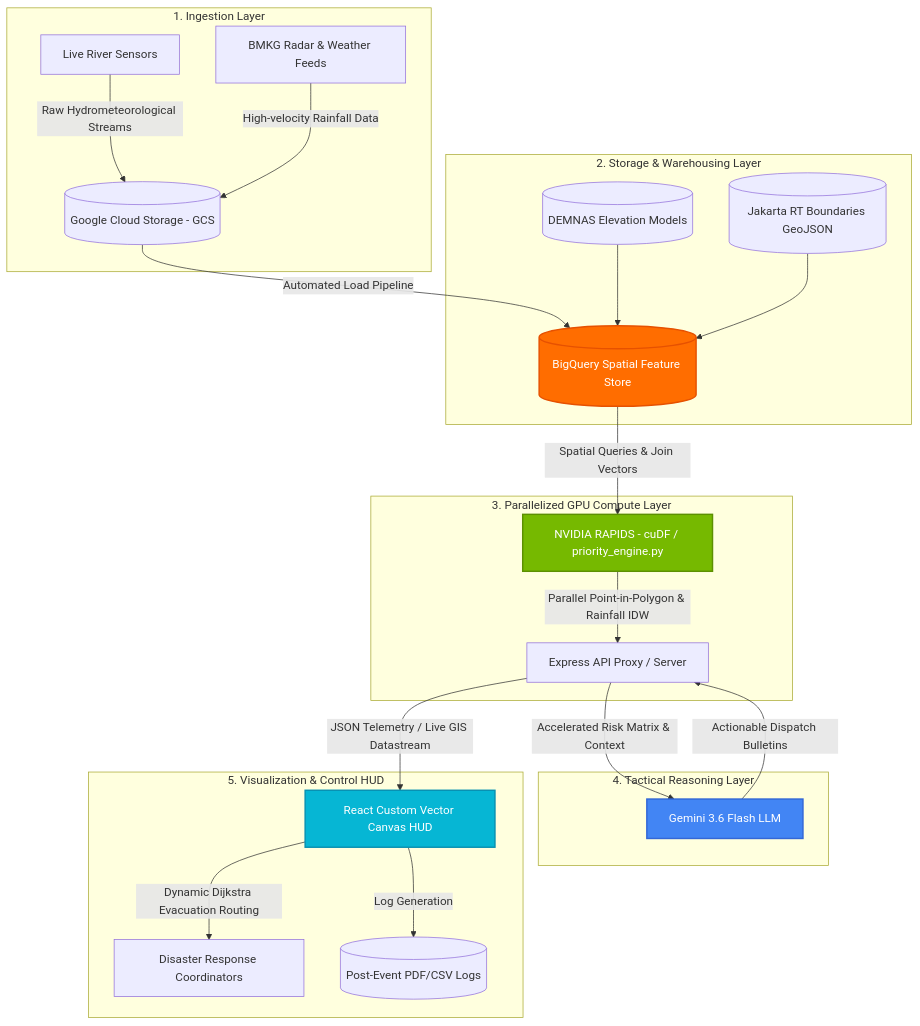
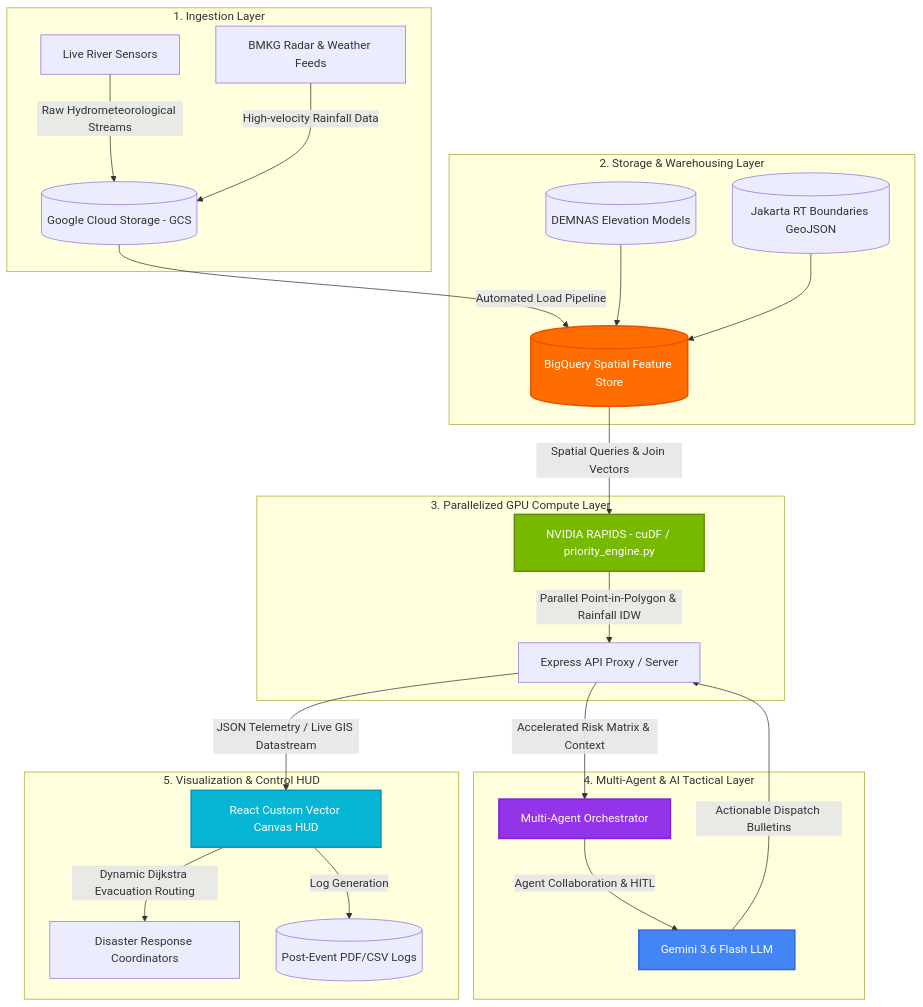
Before and after one commit to rafifernandaa/fludge: the diagram in README.md, drawn with Mermaid. The commit also changed other lines of this file, not shown here.

````diff
--- a/README.md
+++ b/README.md
@@ -41,34 +84,36 @@
 ```mermaid
 graph TD
     subgraph Ingestion [1. Ingestion Layer]
         Sensors[Live River Sensors] -->|Raw Hydrometeorological Streams| GCS[(Google Cloud Storage - GCS)]
         BMKG[BMKG Radar & Weather Feeds] -->|High-velocity Rainfall Data| GCS
     end
 
     subgraph Storage [2. Storage & Warehousing Layer]
         GCS -->|Automated Load Pipeline| BQ[(BigQuery Spatial Feature Store)]
         DEMNAS[(DEMNAS Elevation Models)] --> BQ
         RTs[(Jakarta RT Boundaries GeoJSON)] --> BQ
     end
 
     subgraph Compute [3. Parallelized GPU Compute Layer]
         BQ -->|Spatial Queries & Join Vectors| RAPIDS[NVIDIA RAPIDS - cuDF / priority_engine.py]
         RAPIDS -->|Parallel Point-in-Polygon & Rainfall IDW| API[Express API Proxy / Server]
     end
 
-    subgraph Intelligence [4. Tactical Reasoning Layer]
-        API -->|Accelerated Risk Matrix & Context| Gemini[Gemini 3.6 Flash LLM]
+    subgraph Intelligence [4. Multi-Agent & AI Tactical Layer]
+        API -->|Accelerated Risk Matrix & Context| MultiAgent[Multi-Agent Orchestrator]
+        MultiAgent -->|Agent Collaboration & HITL| Gemini[Gemini 3.6 Flash LLM]
         Gemini -->|Actionable Dispatch Bulletins| API
     end
 
     subgraph Command [5. Visualization & Control HUD]
         API -->|JSON Telemetry / Live GIS Datastream| HUD[React Custom Vector Canvas HUD]
         HUD -->|Dynamic Dijkstra Evacuation Routing| Ops[Disaster Response Coordinators]
         HUD -->|Log Generation| PDF[(Post-Event PDF/CSV Logs)]
     end
 
     style RAPIDS fill:#76b900,stroke:#5c9000,stroke-width:2px,color:#fff
     style Gemini fill:#4285f4,stroke:#3367d6,stroke-width:2px,color:#fff
     style HUD fill:#06b6d4,stroke:#0891b2,stroke-width:2px,color:#fff
     style BQ fill:#ff6d00,stroke:#e65100,stroke-width:2px,color:#fff
+    style MultiAgent fill:#9333ea,stroke:#7e22ce,stroke-width:2px,color:#fff
 ```
````
